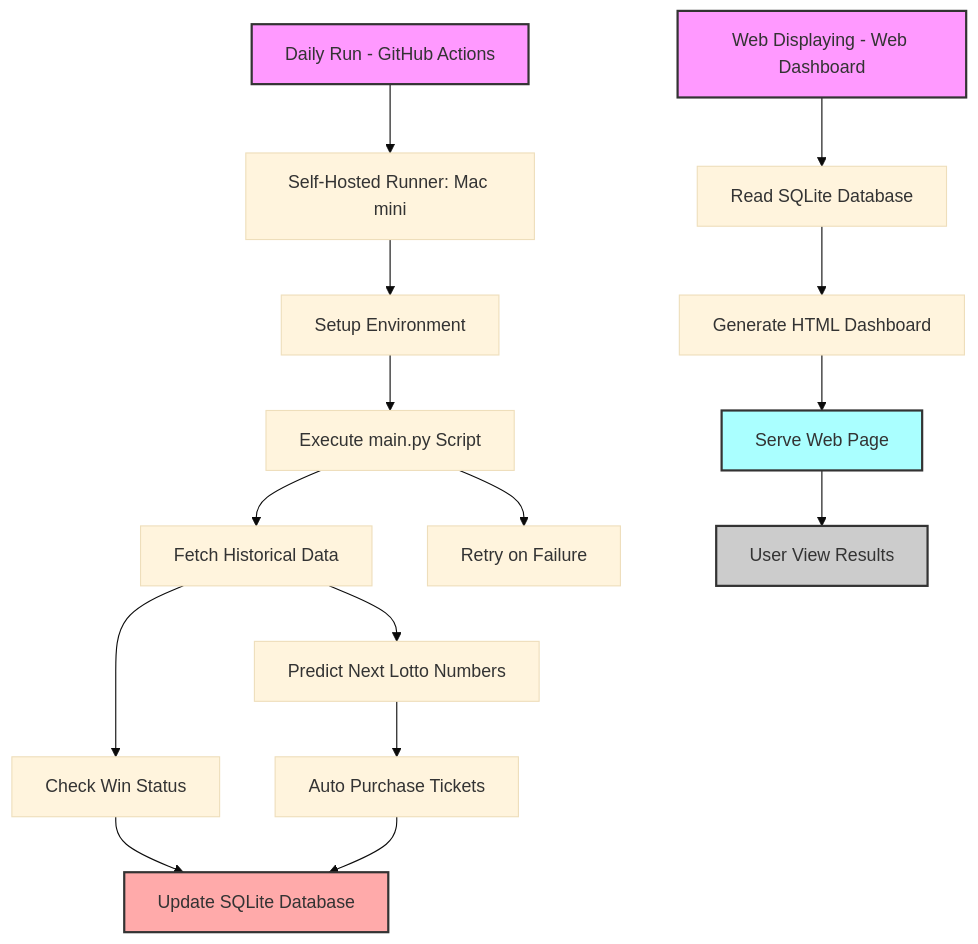
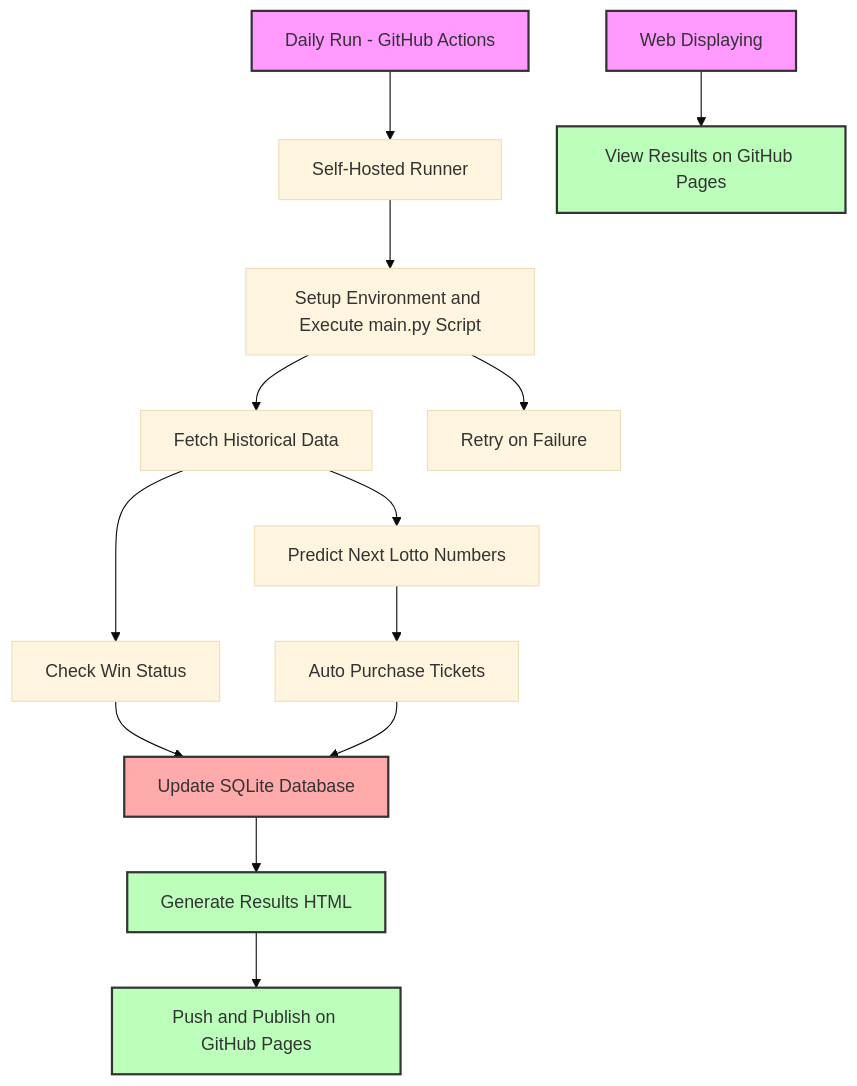
One commit to L1nwatch/auto_market changed the diagram in readme.md. Above: the diagram before and after it, drawn with Mermaid (base theme). The commit also changed other lines of this file, not shown here.

Commit message:
[2024-12-17] update the final version of readme

````diff
--- a/readme.md
+++ b/readme.md
@@ -1,32 +7,33 @@
 ```mermaid
 flowchart TD
     %% Root 1: Daily Run
-    A[Daily Run - GitHub Actions] --> B[Self-Hosted Runner: Mac mini]
-    B --> C[Setup Environment]
-    C --> E[Execute main.py Script]
-    E --> F[Fetch Historical Data]
+    A[Daily Run - GitHub Actions] --> B[Self-Hosted Runner]
+    B --> C[Setup Environment and Execute main.py Script]
+    C --> F[Fetch Historical Data]
     F --> G[Predict Next Lotto Numbers]
     G --> D[Auto Purchase Tickets]
     I --> H[Update SQLite Database]
     F --> I[Check Win Status]
     D --> H
+    H --> J[Generate Results HTML]
+    J --> Q[Push and Publish on GitHub Pages]
+
 
     %% Additional Connections
     %% H --> K  
     %% Database shared between Daily Run and Web Display
     %% Failure Handling
-    E --> R[Retry on Failure]   
+    C --> R[Retry on Failure]   
     
     %% Root 2: Web Displaying
-    Z[Web Displaying - Web Dashboard] --> K[Read SQLite Database]
-    K --> L[Generate HTML Dashboard]
-    L --> M[Serve Web Page]
-    M --> N[User View Results]
+    Z[Web Displaying]
+    Z --> M[View Results on GitHub Pages]
 
     %% Styling
     style A fill:#f9f,stroke:#333,stroke-width:2px
     style Z fill:#f9f,stroke:#333,stroke-width:2px
     style H fill:#faa,stroke:#333,stroke-width:2px
-    style M fill:#aff,stroke:#333,stroke-width:2px
-    style N fill:#ccc,stroke:#333,stroke-width:2px
+    style J fill:#bfb,stroke:#333,stroke-width:2px
+    style Q fill:#bfb,stroke:#333,stroke-width:2px
+    style M fill:#bfb,stroke:#333,stroke-width:2px
 ```
````
